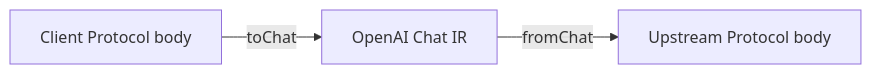
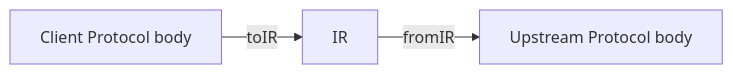
Before and after one commit to thomas-huang/caosi: the third of 6 diagrams in docs/architecture.md, drawn with Mermaid. The commit also changed other lines of this file and 19 other files, not shown here.

````diff
--- a/docs/architecture.md
+++ b/docs/architecture.md
@@ -64,8 +64,8 @@
 ```mermaid
 flowchart LR
   C["Client Protocol body"]
-  IR["OpenAI Chat IR"]
+  IR["IR"]
   U["Upstream Protocol body"]
 
-  C -->|"toChat"| IR -->|"fromChat"| U
+  C -->|"toIR"| IR -->|"fromIR"| U
 ```
````
